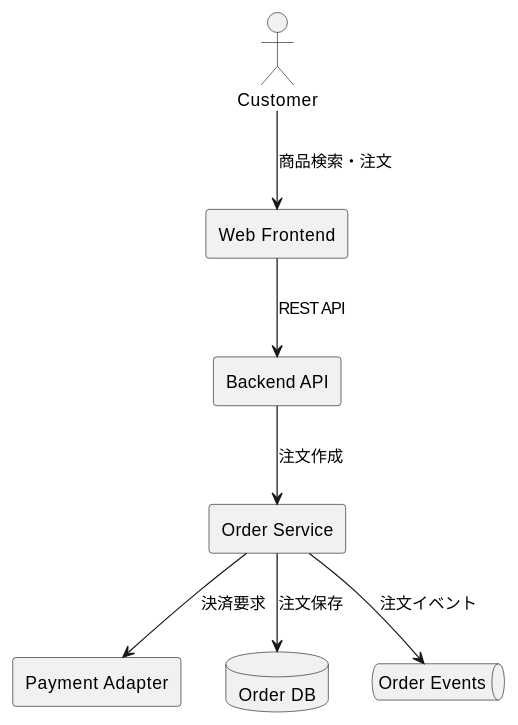
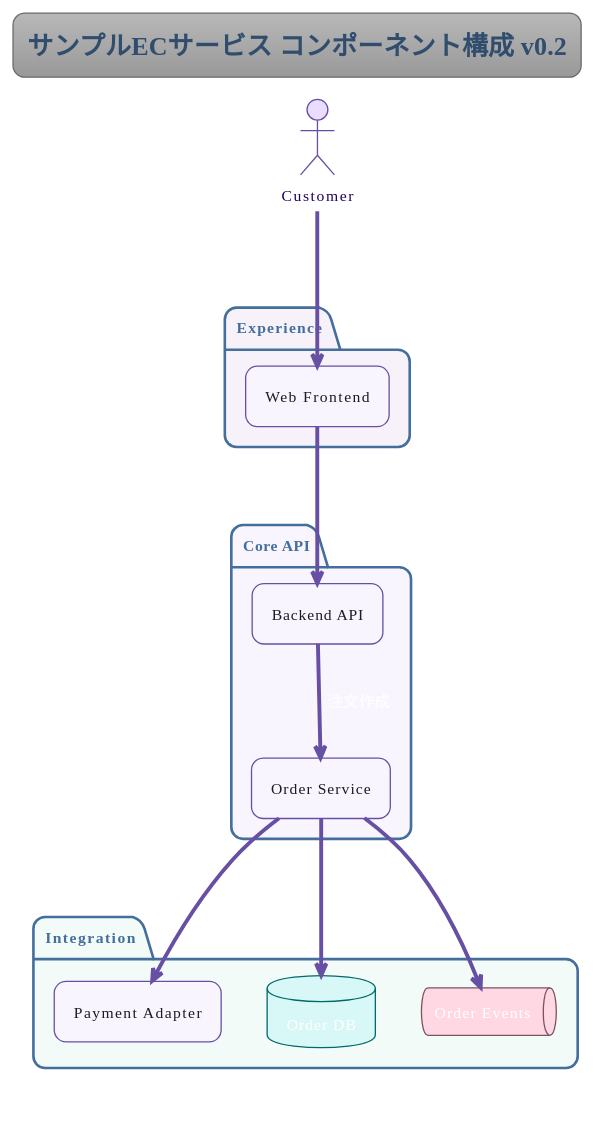
Before and after one commit to tgrhg/md-to-design-doc: the second of 2 diagrams in docs/architecture/sample-ec-service.md, drawn with PlantUML. The commit also changed other lines of this file and 8 other files, not shown here.

Commit message:
Improve design docs previews and UML versioning

````diff
--- a/docs/architecture/sample-ec-service.md
+++ b/docs/architecture/sample-ec-service.md
@@ -34,19 +34,43 @@
 ```plantuml
 @startuml
+!theme spacelab
+skinparam shadowing false
+skinparam roundcorner 18
 skinparam componentStyle rectangle
+skinparam ArrowColor #6750A4
+skinparam ComponentBorderColor #6750A4
+skinparam ComponentBackgroundColor #F8F5FF
+skinparam ComponentFontColor #1D1B20
+skinparam DatabaseBorderColor #006A6A
+skinparam DatabaseBackgroundColor #D7F8F6
+skinparam QueueBorderColor #7D5260
+skinparam QueueBackgroundColor #FFD8E4
+skinparam ActorBorderColor #6750A4
+skinparam ActorBackgroundColor #EADDFF
+skinparam ActorFontColor #21005D
+
+title サンプルECサービス コンポーネント構成 v0.2
+caption 図のバージョンを明示し、レビュー時に変更点を追いやすくする
+
 actor Customer as customer
-component "Web Frontend" as web
-component "Backend API" as api
-component "Order Service" as order
-component "Payment Adapter" as payment
-database "Order DB" as db
-queue "Order Events" as queue
+package "Experience" #F7F2FA {
+  component "Web Frontend" as web
+}
+package "Core API" #F8F5FF {
+  component "Backend API" as api
+  component "Order Service" as order
+}
+package "Integration" #F3FBF9 {
+  component "Payment Adapter" as payment
+  database "Order DB" as db
+  queue "Order Events" as queue
+}
 
 customer --> web : 商品検索・注文
 web --> api : REST API
 api --> order : 注文作成
 order --> payment : 決済要求
 order --> db : 注文保存
 order --> queue : 注文イベント
 @enduml
 ```
````
